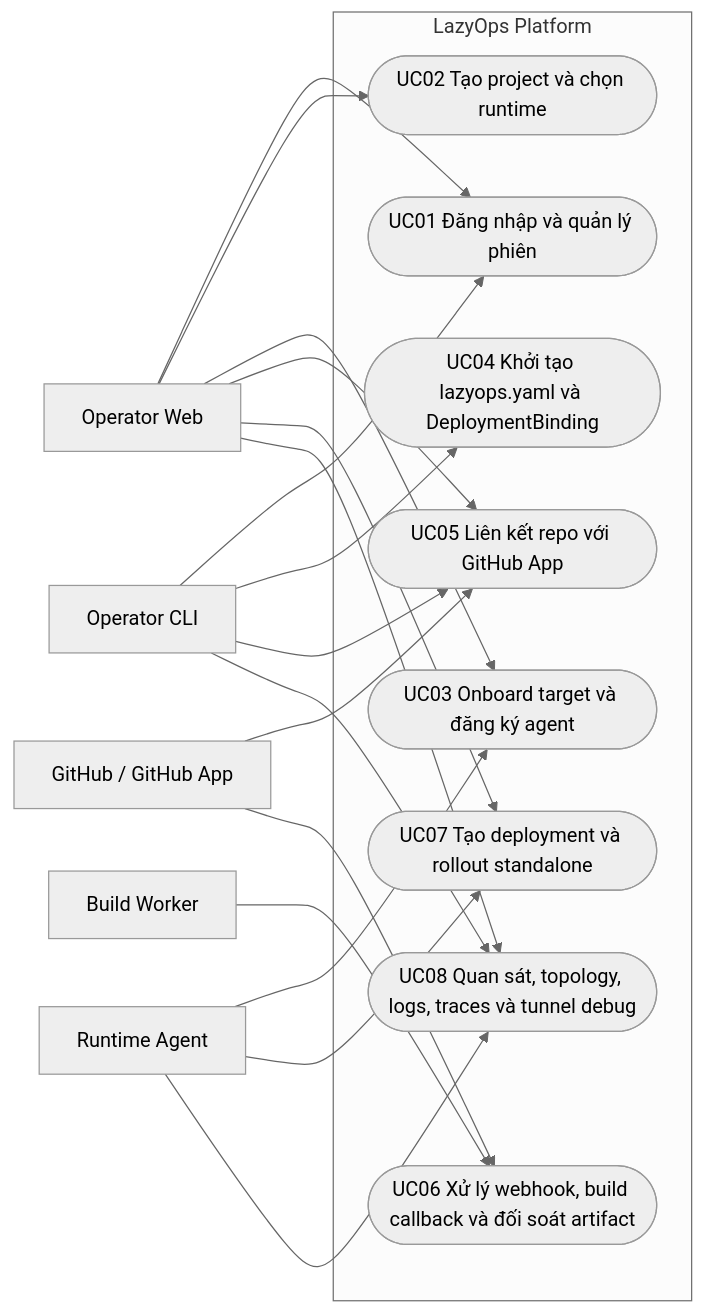
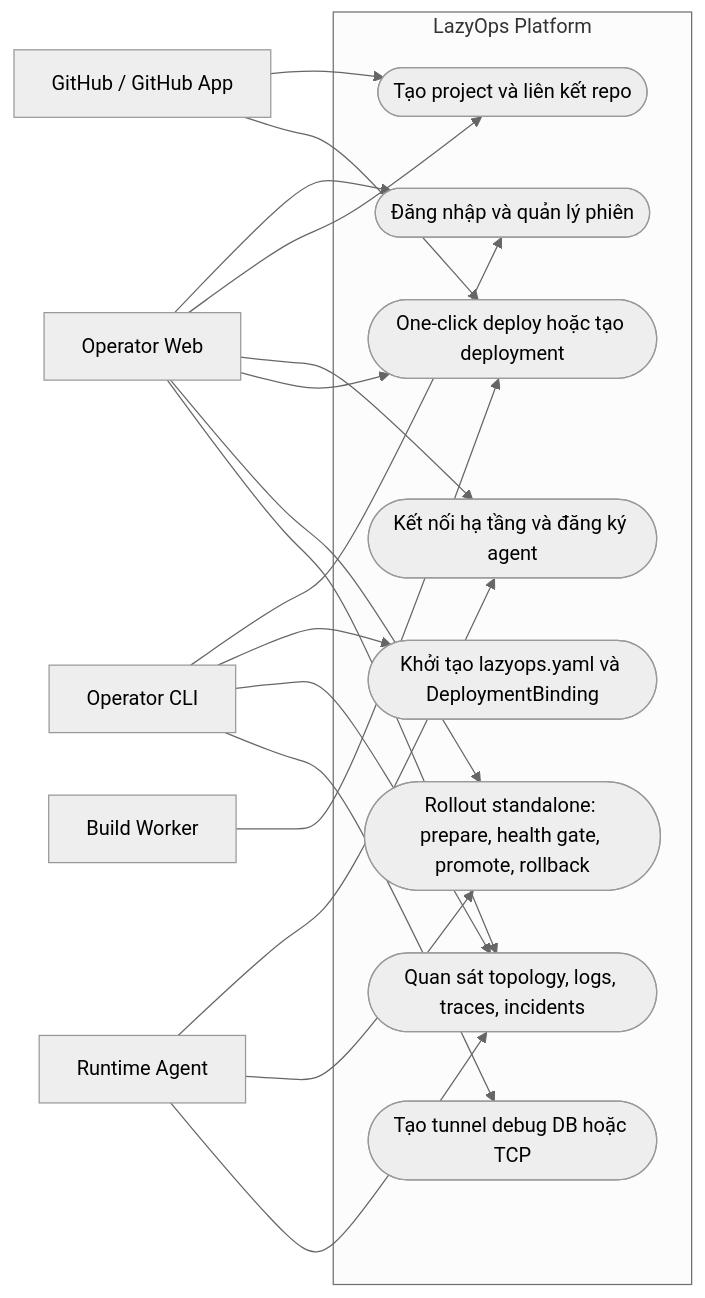
The first of 9 diagrams in docs/project-report-diagrams.md (huutawn/lazyops), drawn with Mermaid (neutral theme) before and after one commit. The commit also changed other lines of this file and 3 other files, not shown here.

````diff
--- a/docs/project-report-diagrams.md
+++ b/docs/project-report-diagrams.md
@@ -33,40 +55,40 @@
 ```mermaid
 flowchart LR
     OW[Operator Web]
     OC[Operator CLI]
     GH[GitHub / GitHub App]
     BW[Build Worker]
     AG[Runtime Agent]
 
     subgraph SYS[LazyOps Platform]
-        UC01([UC01 Đăng nhập và quản lý phiên])
-        UC02([UC02 Tạo project và chọn runtime])
-        UC03([UC03 Onboard target và đăng ký agent])
-        UC04([UC04 Khởi tạo lazyops.yaml và DeploymentBinding])
-        UC05([UC05 Liên kết repo với GitHub App])
-        UC06([UC06 Xử lý webhook, build callback và đối soát artifact])
-        UC07([UC07 Tạo deployment và rollout standalone])
-        UC08([UC08 Quan sát, topology, logs, traces và tunnel debug])
+        UC01([Đăng nhập và quản lý phiên])
+        UC02([Tạo project và liên kết repo])
+        UC03([Kết nối hạ tầng và đăng ký agent])
+        UC04([Khởi tạo lazyops.yaml và DeploymentBinding])
+        UC05([One-click deploy hoặc tạo deployment])
+        UC06([Rollout standalone: prepare, health gate, promote, rollback])
+        UC07([Quan sát topology, logs, traces, incidents])
+        UC08([Tạo tunnel debug DB hoặc TCP])
     end
 
     OW --> UC01
     OW --> UC02
     OW --> UC03
     OW --> UC05
+    OW --> UC06
     OW --> UC07
-    OW --> UC08
 
     OC --> UC01
     OC --> UC04
-    OC --> UC05
+    OC --> UC07
     OC --> UC08
 
+    GH --> UC02
     GH --> UC05
-    GH --> UC06
 
-    BW --> UC06
+    BW --> UC05
 
     AG --> UC03
+    AG --> UC06
     AG --> UC07
-    AG --> UC08
 ```
````
